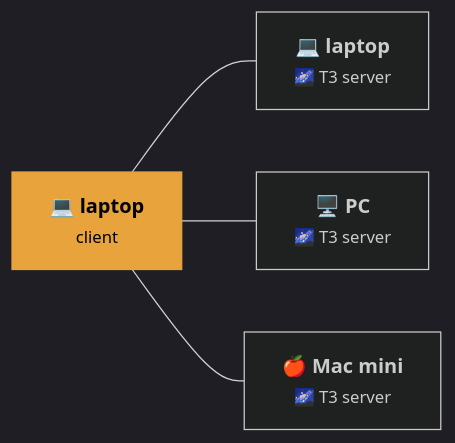
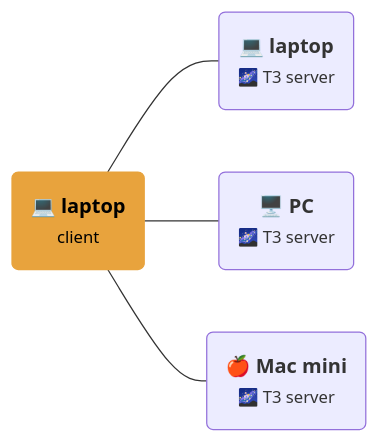
One commit to sayjeyhi/talks changed the third of 13 diagrams in presentations/oh-my-harness/slides.md. Above: the diagram before and after it, drawn with Mermaid. The commit also changed other lines of this file and 16 other files, not shown here.

````diff
--- a/presentations/oh-my-harness/slides.md
+++ b/presentations/oh-my-harness/slides.md
@@ -1424,11 +1317,10 @@
 ```mermaid
-%%{init: {"theme": "dark"}}%%
 flowchart LR
-    client["<b>💻 laptop</b><br/><small>client</small>"]
-    client --- s1["<b>💻 laptop</b><br/><small>🌌 T3 server</small>"]
-    client --- s2["<b>🖥️ PC</b><br/><small>🌌 T3 server</small>"]
-    client --- s3["<b>🍎 Mac mini</b><br/><small>🌌 T3 server</small>"]
+    client("<b>💻 laptop</b><br/><small>client</small>")
+    client --- s1("<b>💻 laptop</b><br/><small>🌌 T3 server</small>")
+    client --- s2("<b>🖥️ PC</b><br/><small>🌌 T3 server</small>")
+    client --- s3("<b>🍎 Mac mini</b><br/><small>🌌 T3 server</small>")
 
     classDef client fill:#e8a33d,color:#000,stroke:#e8a33d
     class client client
 ```
````
